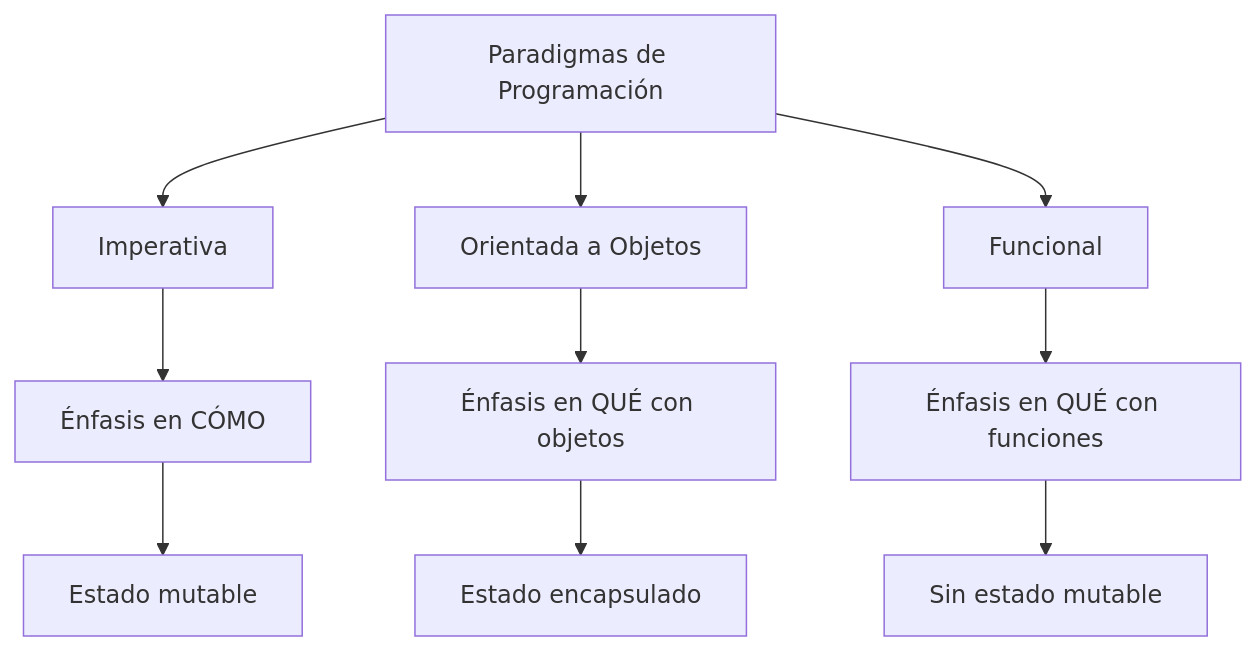
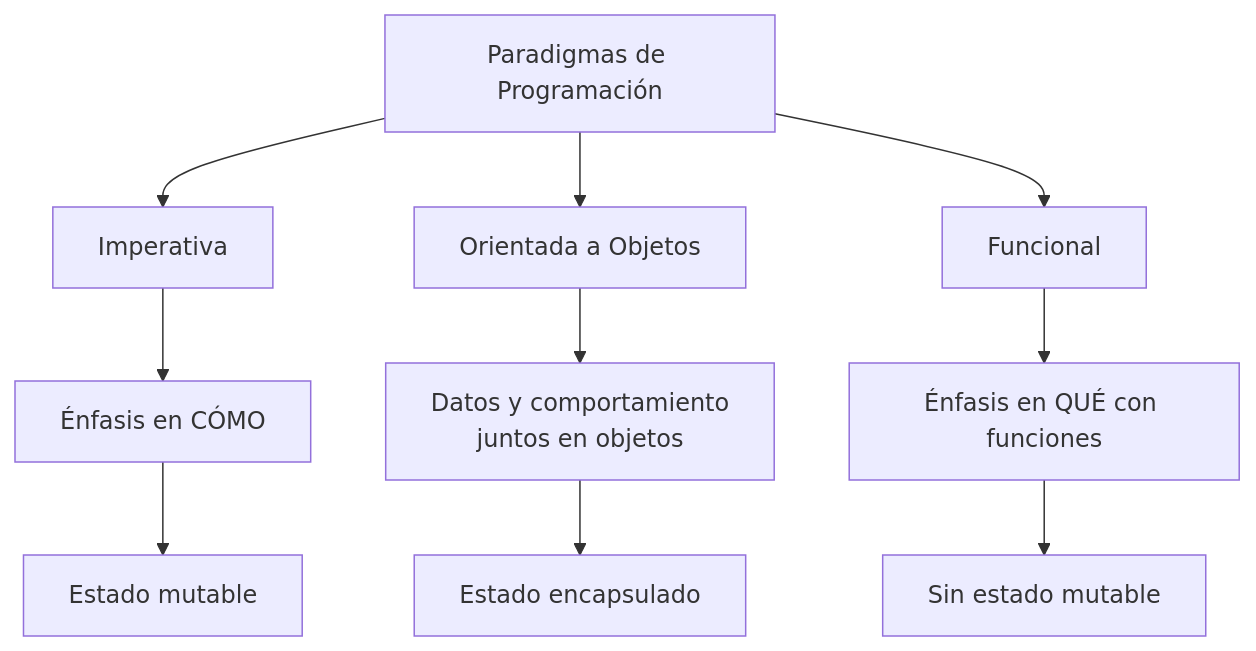
Before and after one commit to djaimej/computer-science-template: the second of 2 diagrams in public/documents/semester-3/3/3315.md, drawn with Mermaid. The commit also changed other lines of this file and 33 other files, not shown here.

````diff
--- a/public/documents/semester-3/3/3315.md
+++ b/public/documents/semester-3/3/3315.md
@@ -317,14 +331,14 @@
 ```mermaid
 flowchart TD
     A[Paradigmas de Programación] --> B[Imperativa]
     A --> C[Orientada a Objetos]
     A --> D[Funcional]
 
     B --> E[Énfasis en CÓMO]
-    C --> F[Énfasis en QUÉ con objetos]
+    C --> F[Datos y comportamiento<br>juntos en objetos]
     D --> G[Énfasis en QUÉ con funciones]
 
     E --> H[Estado mutable]
     F --> I[Estado encapsulado]
     G --> J[Sin estado mutable]
 ```
````
